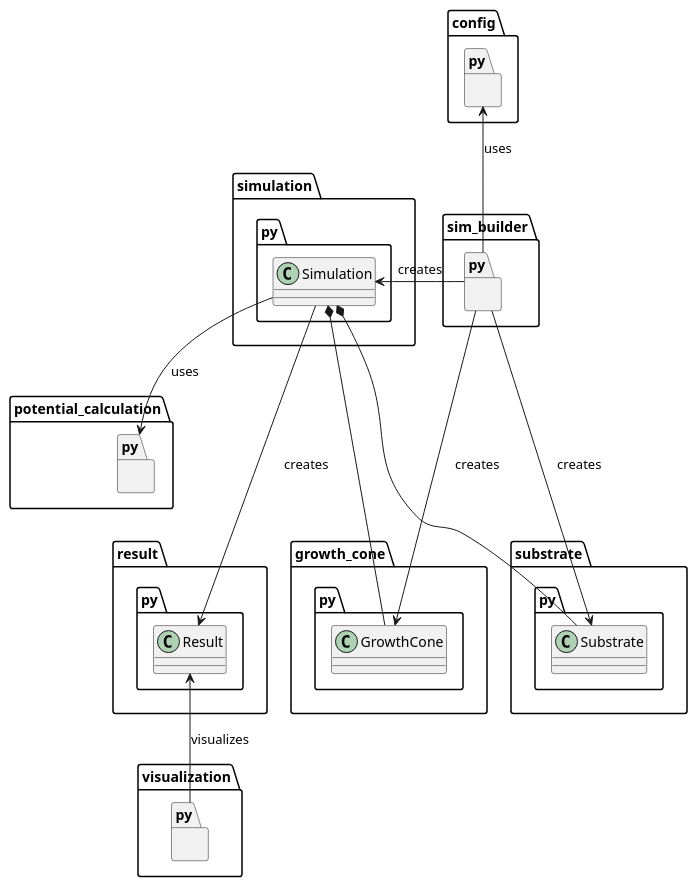
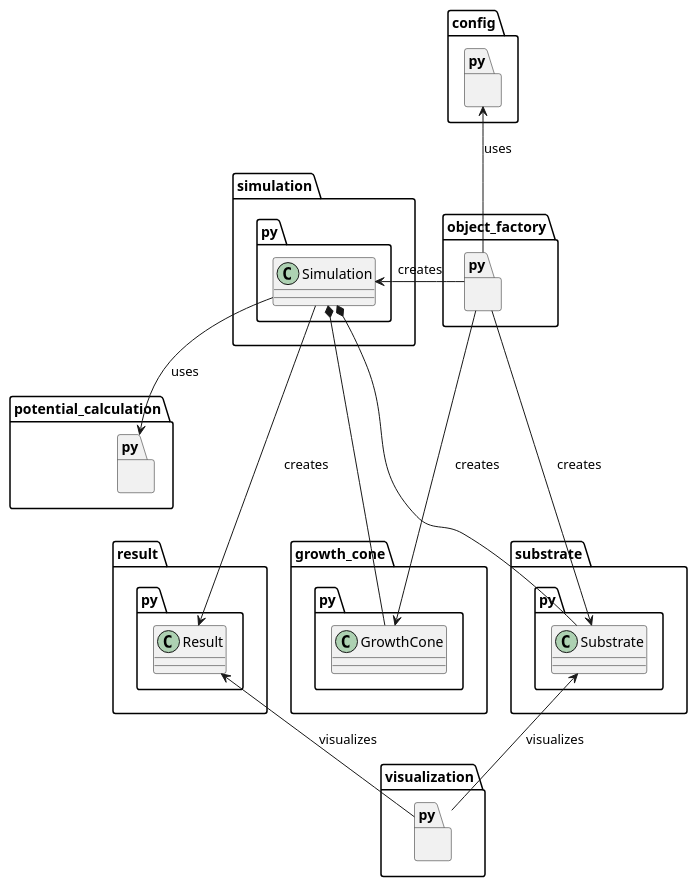
One commit to yavuzkaraca/Topographic-Projection-Sim changed the diagram in docs/diagram.puml. Above: the diagram before and after it, drawn with PlantUML. The commit also changed 3 other files, not shown here.

Commit message:
Diagram update

```diff
--- a/docs/diagram.puml
+++ b/docs/diagram.puml
@@ -1,37 +1,38 @@
 @startuml
 package config.py{
 
 }
 package growth_cone.py{
     class GrowthCone
 }
 package potential_calculation.py{
     
 }
 package result.py{
     class Result
 }
-package sim_builder.py{
+package object_factory.py{
     
 }
 package simulation.py{
     class Simulation
 }
 package substrate.py{
     class Substrate
 }
 package visualization.py{
 
 }
 
-config.py <-- sim_builder.py :  uses 
-sim_builder.py --> GrowthCone : creates 
-sim_builder.py --> Substrate : creates 
-sim_builder.py -> Simulation : creates
+config.py <-- object_factory.py :  uses 
+object_factory.py --> GrowthCone : creates 
+object_factory.py --> Substrate : creates 
+object_factory.py -> Simulation : creates
 Simulation --> potential_calculation.py : uses 
 Simulation ---> Result : creates 
 Result <-- visualization.py : visualizes
+Substrate <-- visualization.py : visualizes
 
 Simulation *--- Substrate 
 Simulation *--- GrowthCone
 @enduml
```
